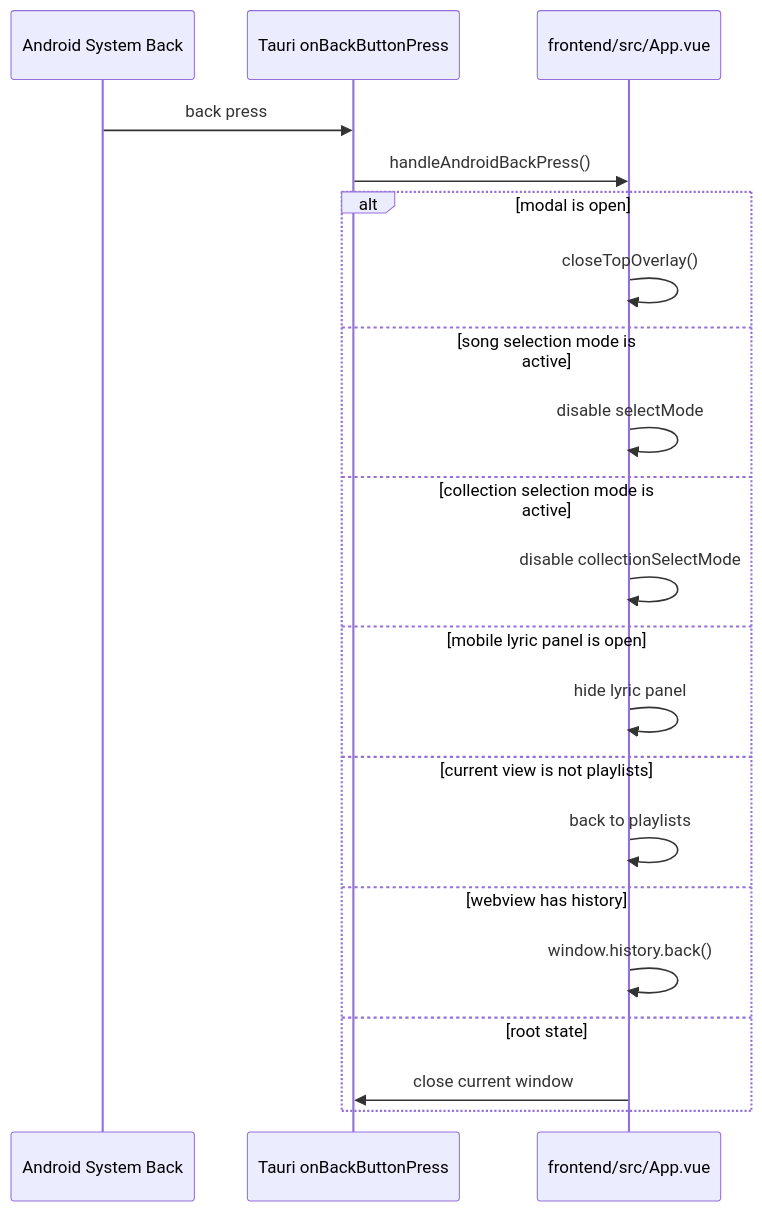
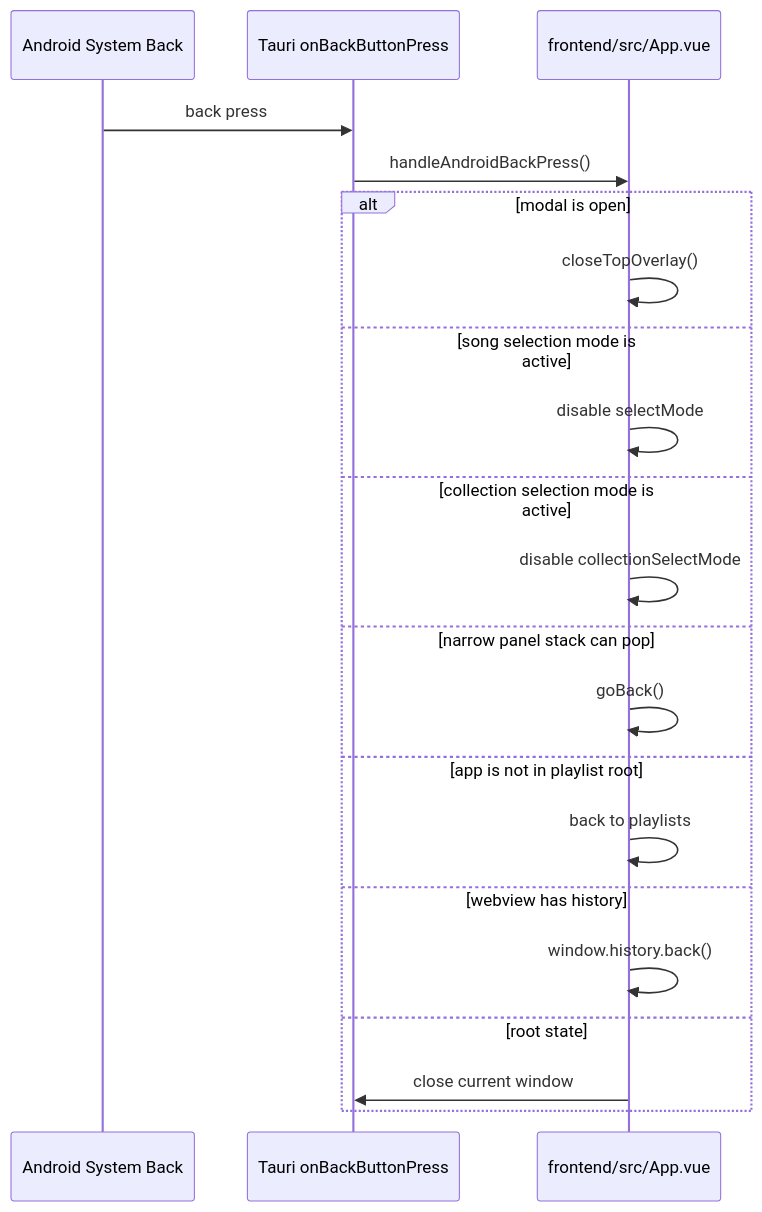
The diagram in docs/android/back-navigation.md (Afeather2017/Kaulan), drawn with Mermaid before and after one commit. The commit also changed other lines of this file and 6 other files, not shown here.

First line of the commit message:
Refine narrow/wide panel navigation behavior

````diff
--- a/docs/android/back-navigation.md
+++ b/docs/android/back-navigation.md
@@ -27,24 +27,24 @@
 ```mermaid
 sequenceDiagram
     participant Android as Android System Back
     participant Tauri as Tauri onBackButtonPress
     participant App as frontend/src/App.vue
 
     Android->>Tauri: back press
     Tauri->>App: handleAndroidBackPress()
     alt modal is open
         App->>App: closeTopOverlay()
     else song selection mode is active
         App->>App: disable selectMode
     else collection selection mode is active
         App->>App: disable collectionSelectMode
-    else mobile lyric panel is open
-        App->>App: hide lyric panel
-    else current view is not playlists
+    else narrow panel stack can pop
+        App->>App: goBack()
+    else app is not in playlist root
         App->>App: back to playlists
     else webview has history
         App->>App: window.history.back()
     else root state
         App->>Tauri: close current window
     end
 ```
````
